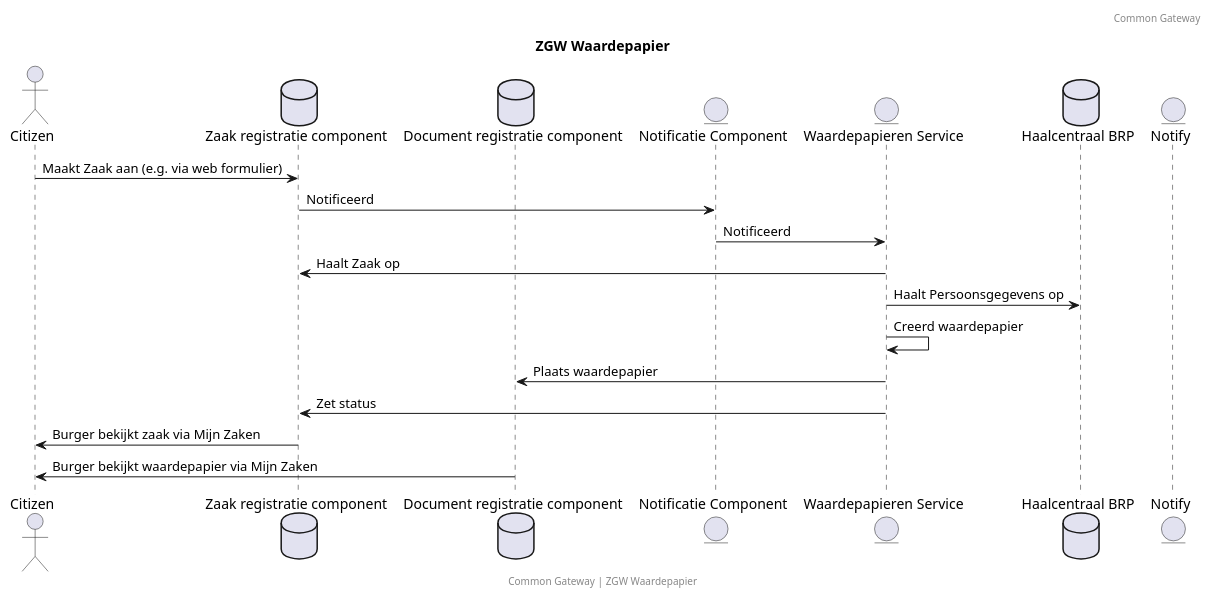
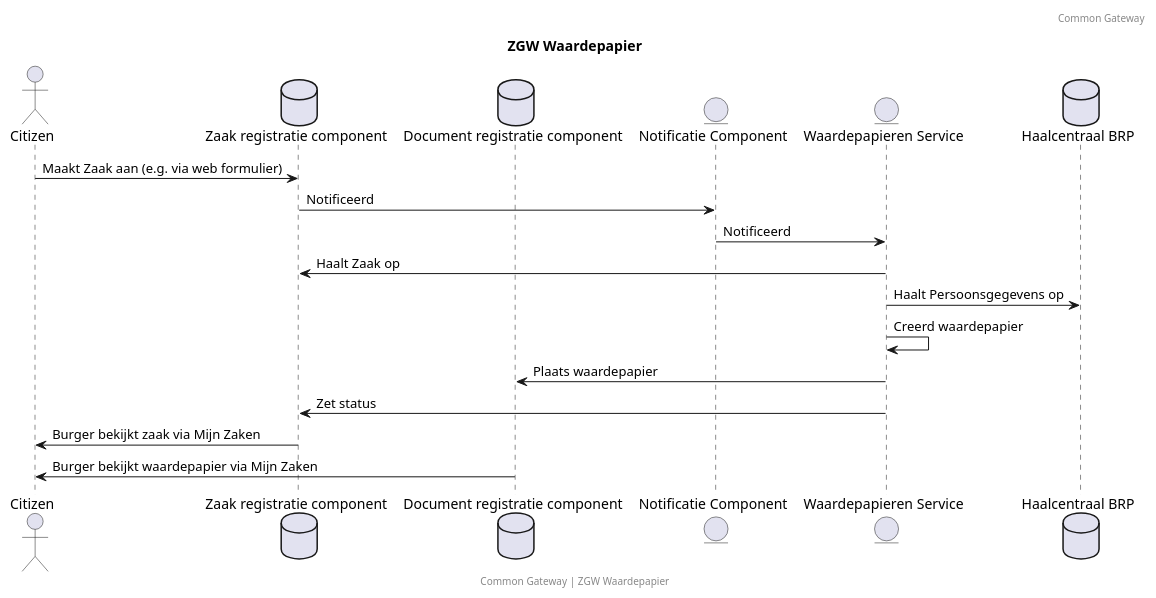
One commit to CommonGateway/WaardepapierenBundle changed the diagram in docs/zgw_waardepapier_mijn-zaken.puml. Above: the diagram before and after it, drawn with PlantUML. The commit also changed 2 other files, not shown here.

Commit message:
Mircoservice en mijn zaken architectuur

```diff
--- a/docs/zgw_waardepapier_mijn-zaken.puml
+++ b/docs/zgw_waardepapier_mijn-zaken.puml
@@ -1,26 +1,25 @@
 @startuml
 title: ZGW Waardepapier
 footer: Common Gateway | ZGW Waardepapier
 header: Common Gateway
 
 actor Citizen
 database "Zaak registratie component" as ZRC
 database "Document registratie component" as DRC
 entity "Notificatie Component" as NC
 entity "Waardepapieren Service" as WP
 database "Haalcentraal BRP" as BRP
-entity "Notify" as Notify
 
 Citizen -> ZRC : Maakt Zaak aan (e.g. via web formulier)
 ZRC -> NC: Notificeerd
 NC -> WP: Notificeerd
 WP -> ZRC: Haalt Zaak op
 WP -> BRP: Haalt Persoonsgegevens op
 WP -> WP: Creerd waardepapier
 WP -> DRC: Plaats waardepapier
 WP -> ZRC: Zet status
 ZRC -> Citizen: Burger bekijkt zaak via Mijn Zaken
 DRC -> Citizen: Burger bekijkt waardepapier via Mijn Zaken
 
 
 @enduml
```
